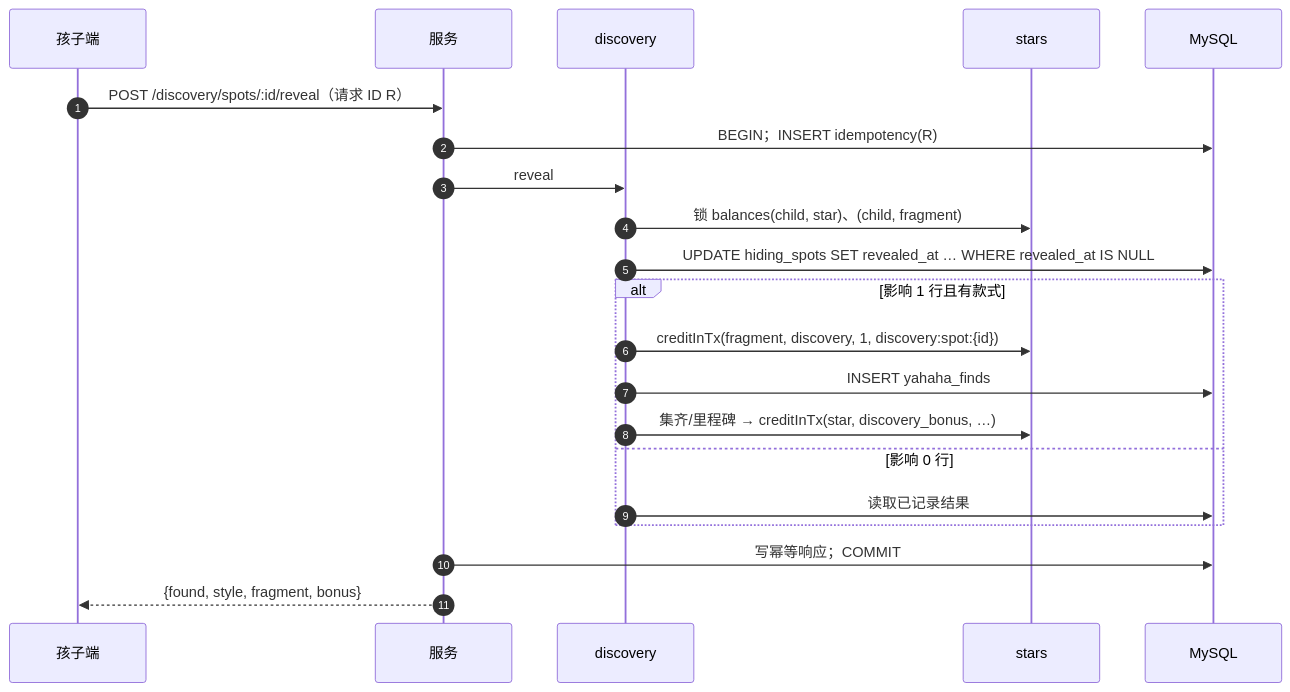
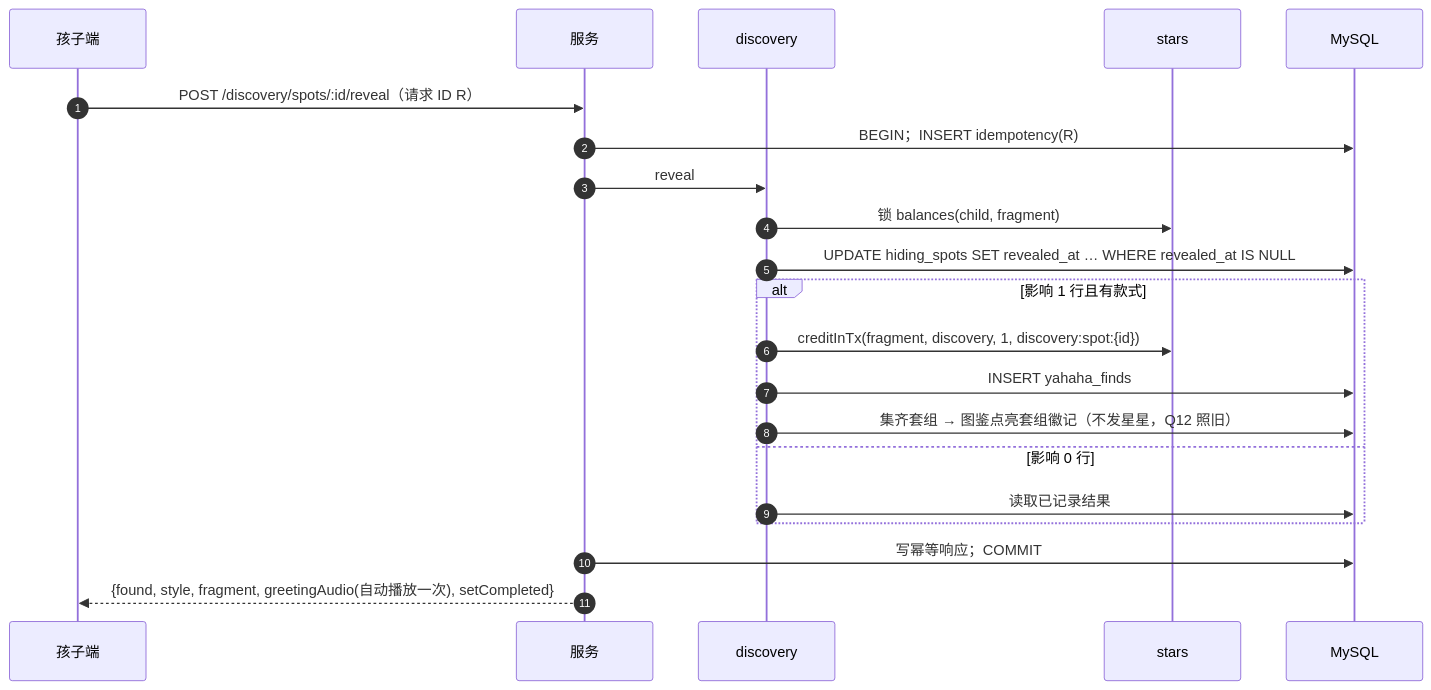
The diagram in docs/03-design/modules/discovery.md (leomoon2016/xingya), drawn with Mermaid before and after one commit. The commit also changed other lines of this file and 26 other files, not shown here.

````diff
--- a/docs/03-design/modules/discovery.md
+++ b/docs/03-design/modules/discovery.md
@@ -78,23 +84,23 @@
 ```mermaid
 sequenceDiagram
   autonumber
   participant K as 孩子端
   participant API as 服务
   participant D as discovery
   participant S as stars
   participant DB as MySQL
   K->>API: POST /discovery/spots/:id/reveal（请求 ID R）
   API->>DB: BEGIN；INSERT idempotency(R)
   API->>D: reveal
-  D->>S: 锁 balances(child, star)、(child, fragment)
+  D->>S: 锁 balances(child, fragment)
   D->>DB: UPDATE hiding_spots SET revealed_at … WHERE revealed_at IS NULL
   alt 影响 1 行且有款式
     D->>S: creditInTx(fragment, discovery, 1, discovery:spot:{id})
     D->>DB: INSERT yahaha_finds
-    D->>S: 集齐/里程碑 → creditInTx(star, discovery_bonus, …)
+    D->>DB: 集齐套组 → 图鉴点亮套组徽记（不发星星，Q12 照旧）
   else 影响 0 行
     D->>DB: 读取已记录结果
   end
   API->>DB: 写幂等响应；COMMIT
-  API-->>K: {found, style, fragment, bonus}
+  API-->>K: {found, style, fragment, greetingAudio(自动播放一次), setCompleted}
 ```
````
